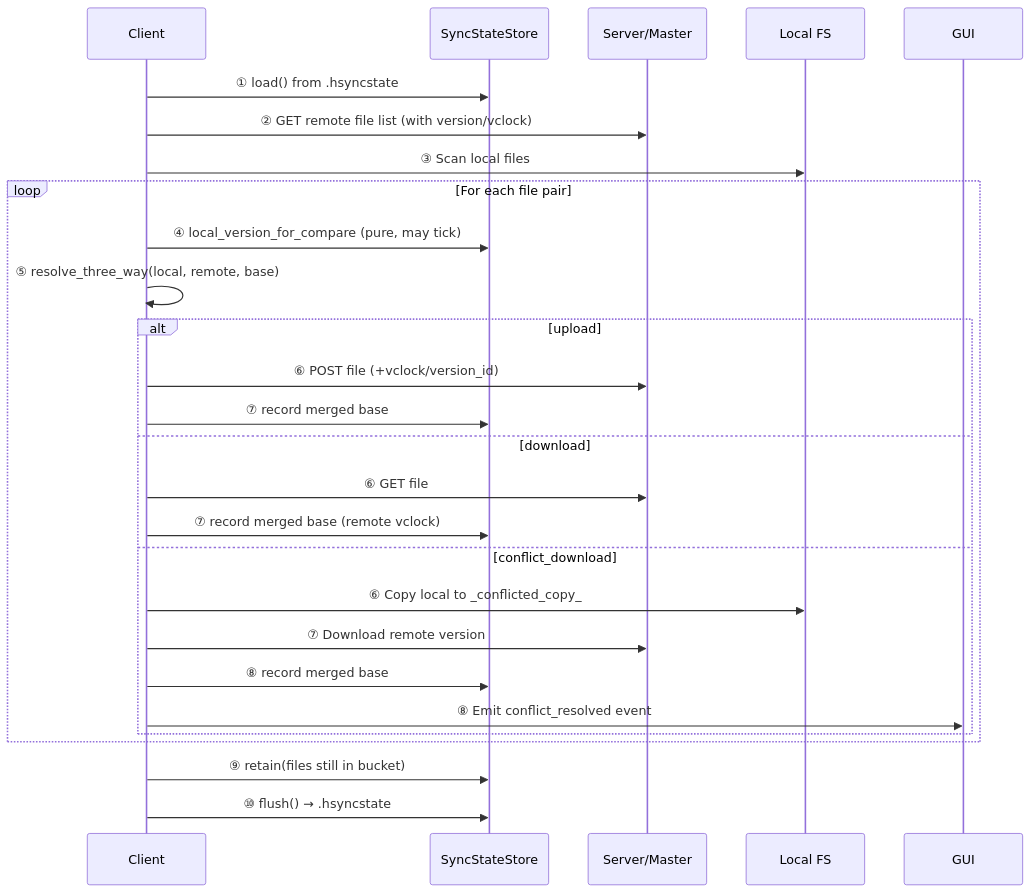
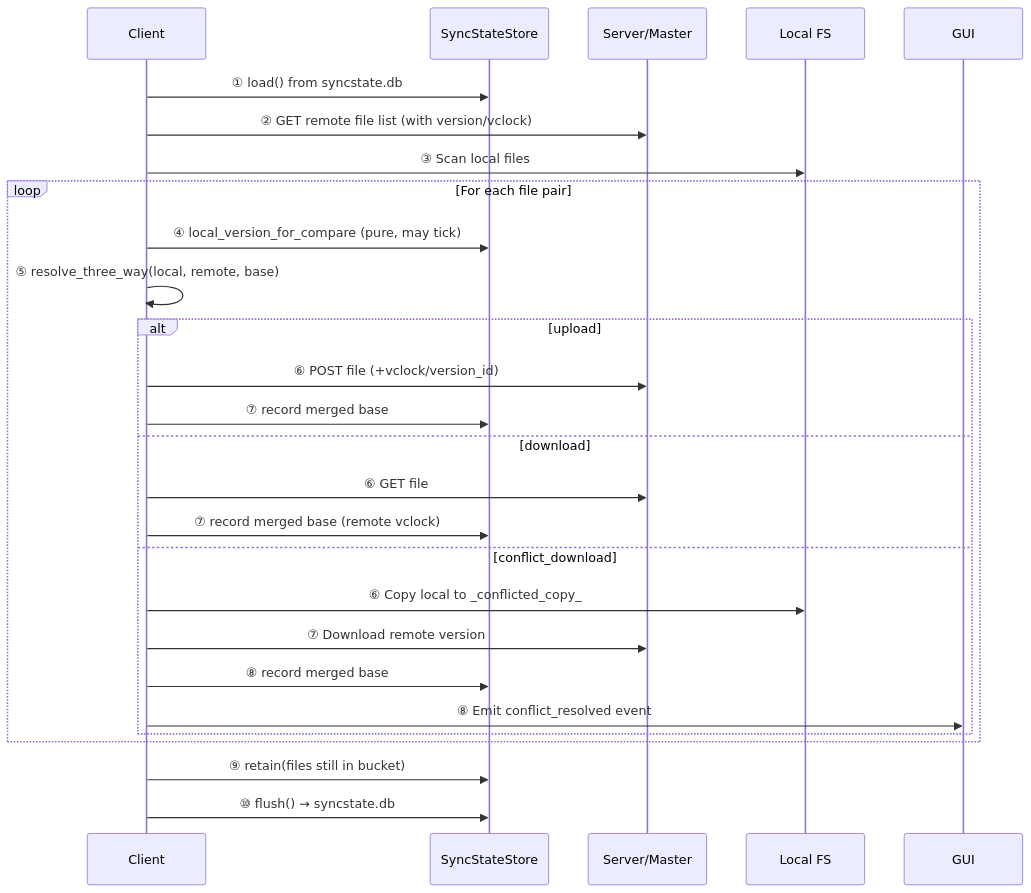
Before and after one commit to albertsdk/hsync-client: the second of 3 diagrams in docs/conflict-resolution.md, drawn with Mermaid. The commit also changed other lines of this file and 31 other files, not shown here.

````diff
--- a/docs/conflict-resolution.md
+++ b/docs/conflict-resolution.md
@@ -235,31 +236,31 @@
 ```mermaid
 sequenceDiagram
     participant C as Client
     participant SS as SyncStateStore
     participant S as Server/Master
     participant FS as Local FS
 
-    C->>SS: ① load() from .hsyncstate
+    C->>SS: ① load() from syncstate.db
     C->>S: ② GET remote file list (with version/vclock)
     C->>FS: ③ Scan local files
 
     loop For each file pair
         C->>SS: ④ local_version_for_compare (pure, may tick)
         C->>C: ⑤ resolve_three_way(local, remote, base)
         alt upload
             C->>S: ⑥ POST file (+vclock/version_id)
             C->>SS: ⑦ record merged base
         else download
             C->>S: ⑥ GET file
             C->>SS: ⑦ record merged base (remote vclock)
         else conflict_download
             C->>FS: ⑥ Copy local to _conflicted_copy_
             C->>S: ⑦ Download remote version
             C->>SS: ⑧ record merged base
             C->>GUI: ⑧ Emit conflict_resolved event
         end
     end
 
     C->>SS: ⑨ retain(files still in bucket)
-    C->>SS: ⑩ flush() → .hsyncstate
+    C->>SS: ⑩ flush() → syncstate.db
 ```
````
